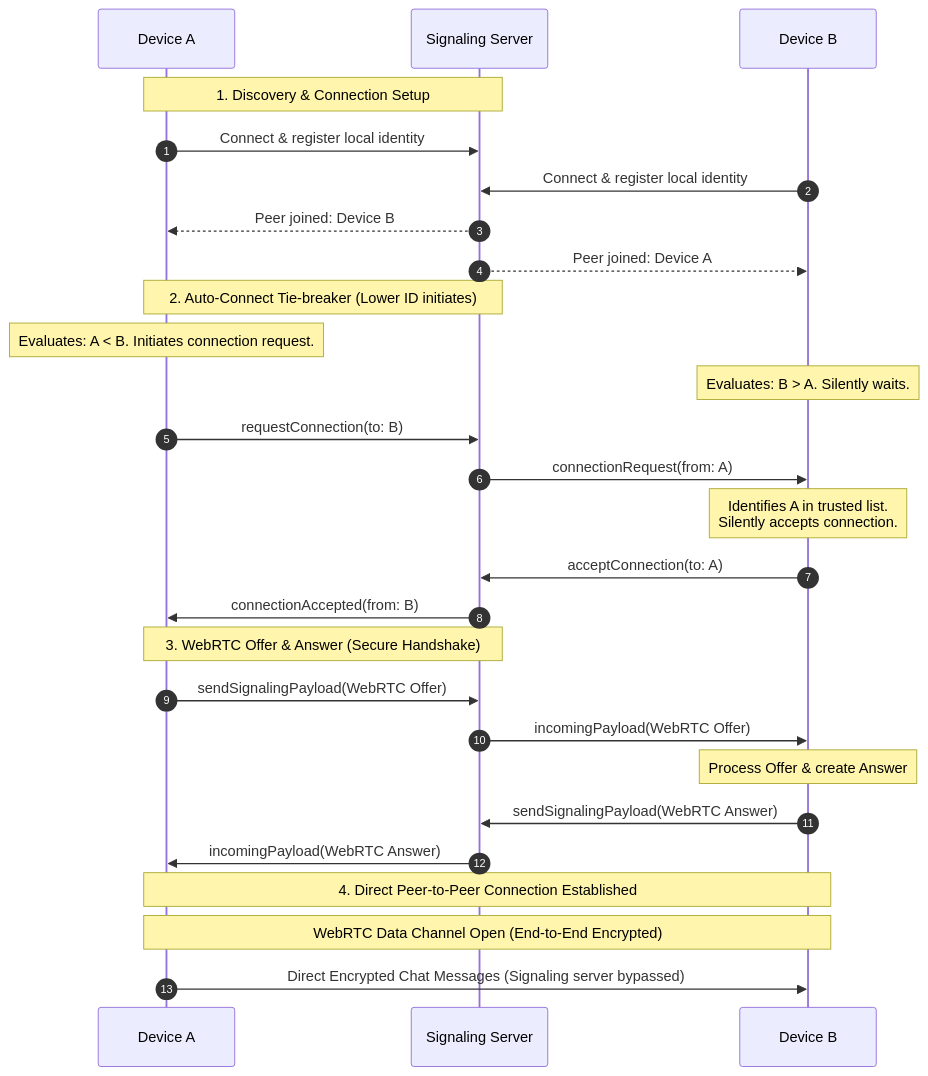
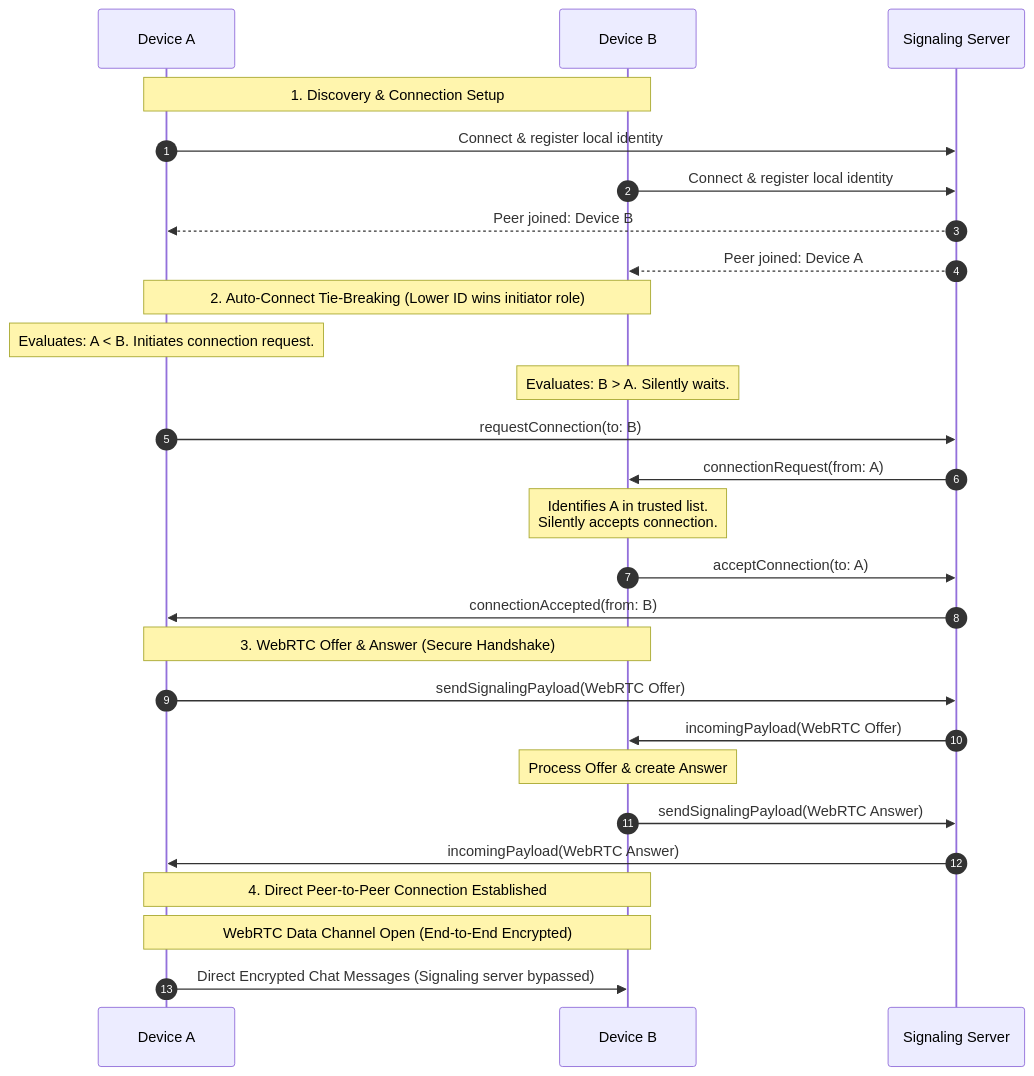
One commit to ping2peer/ping2peer changed the diagram in README.md. Above: the diagram before and after it, drawn with Mermaid. The commit also changed other lines of this file, not shown here.

Commit message:
Readme updated

````diff
--- a/README.md
+++ b/README.md
@@ -11,31 +11,32 @@
 ```mermaid
 sequenceDiagram
     autonumber
-    Note over Device A, Signaling Server: 1. Discovery & Connection Setup
+
+    Note over Device A, Device B: 1. Discovery & Connection Setup
     Device A->>Signaling Server: Connect & register local identity
     Device B->>Signaling Server: Connect & register local identity
     Signaling Server-->>Device A: Peer joined: Device B
     Signaling Server-->>Device B: Peer joined: Device A
 
-    Note over Device A, Signaling Server: 2. Auto-Connect Tie-breaker  (Lower ID initiates)
+    Note over Device A, Device B: 2. Auto-Connect Tie-Breaking (Lower ID wins initiator role)
     Note over Device A: Evaluates: A < B. Initiates connection request.
     Note over Device B: Evaluates: B > A. Silently waits.
 
     Device A->>Signaling Server: requestConnection(to: B)
     Signaling Server->>Device B: connectionRequest(from: A)
 
     Note over Device B: Identifies A in trusted list.<br/>Silently accepts connection.
     Device B->>Signaling Server: acceptConnection(to: A)
     Signaling Server->>Device A: connectionAccepted(from: B)
 
-    Note over Device A, Signaling Server: 3. WebRTC Offer & Answer (Secure Handshake)
+    Note over Device A, Device B: 3. WebRTC Offer & Answer (Secure Handshake)
     Device A->>Signaling Server: sendSignalingPayload(WebRTC Offer)
     Signaling Server->>Device B: incomingPayload(WebRTC Offer)
     Note over Device B: Process Offer & create Answer
     Device B->>Signaling Server: sendSignalingPayload(WebRTC Answer)
     Signaling Server->>Device A: incomingPayload(WebRTC Answer)
 
     Note over Device A, Device B: 4. Direct Peer-to-Peer Connection Established
     Note over Device A, Device B: WebRTC Data Channel Open (End-to-End Encrypted)
     Device A->>Device B: Direct Encrypted Chat Messages (Signaling server bypassed)
 ```
````
